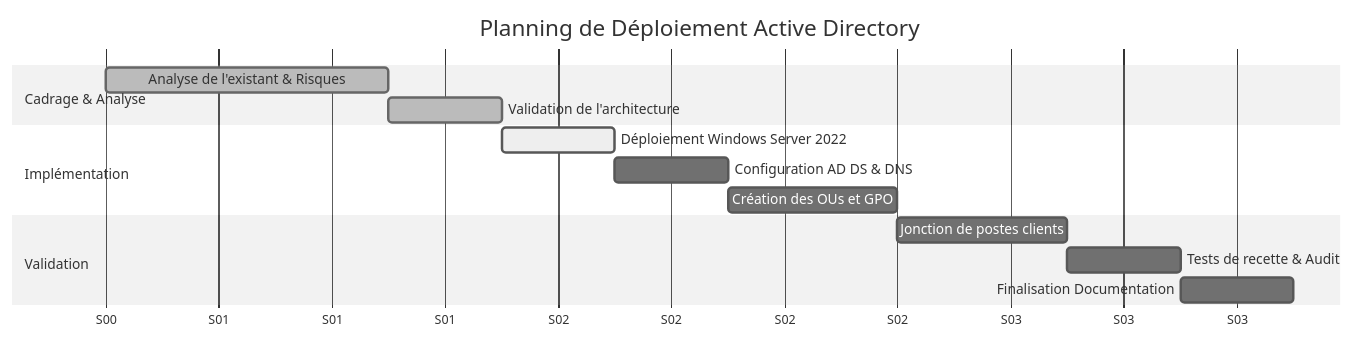
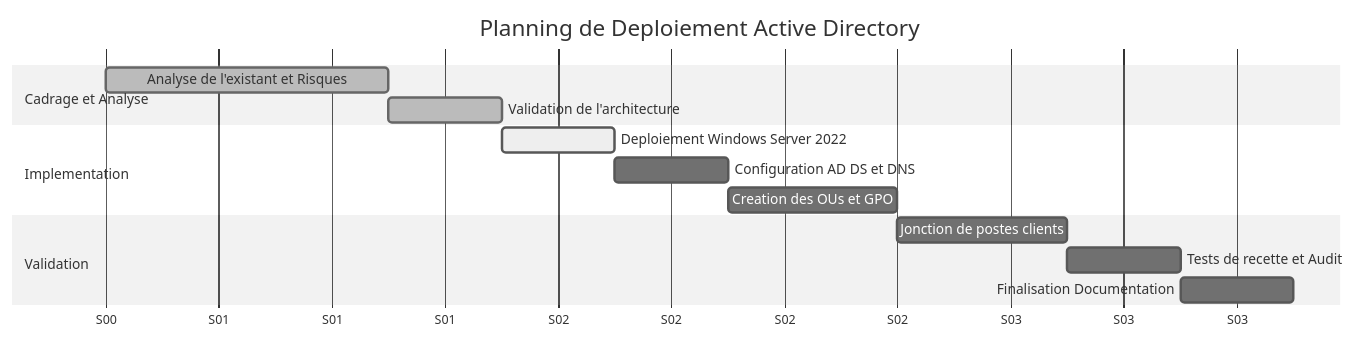
One commit to edib16/AP03-Annuaire-Active-Directory changed the diagram in README.md. Above: the diagram before and after it, drawn with Mermaid (neutral theme). The commit also changed other lines of this file, not shown here.

Commit message:
Passage de RP03 à AP03 et correction Gantt

````diff
--- a/README.md
+++ b/README.md
@@ -35,20 +35,20 @@
 ```mermaid
 gantt
-    title Planning de Déploiement Active Directory
+    title Planning de Deploiement Active Directory
     dateFormat  YYYY-MM-DD
     axisFormat  S%W
     
-    section Cadrage & Analyse
-    Analyse de l'existant & Risques :done,   des1, 2025-01-05, 5d
+    section Cadrage et Analyse
+    Analyse de l'existant et Risques :done,   des1, 2025-01-05, 5d
     Validation de l'architecture    :done,   des2, 2025-01-10, 2d
     
-    section Implémentation
-    Déploiement Windows Server 2022 :active, des3, 2025-01-12, 2d
-    Configuration AD DS & DNS       :        des4, 2025-01-14, 2d
-    Création des OUs et GPO         :        des5, 2025-01-16, 3d
+    section Implementation
+    Deploiement Windows Server 2022 :active, des3, 2025-01-12, 2d
+    Configuration AD DS et DNS       :        des4, 2025-01-14, 2d
+    Creation des OUs et GPO         :        des5, 2025-01-16, 3d
     
     section Validation
     Jonction de postes clients      :        des6, 2025-01-19, 3d
-    Tests de recette & Audit        :        des7, 2025-01-22, 2d
+    Tests de recette et Audit        :        des7, 2025-01-22, 2d
     Finalisation Documentation      :        des8, 2025-01-24, 2d
 ```
````
